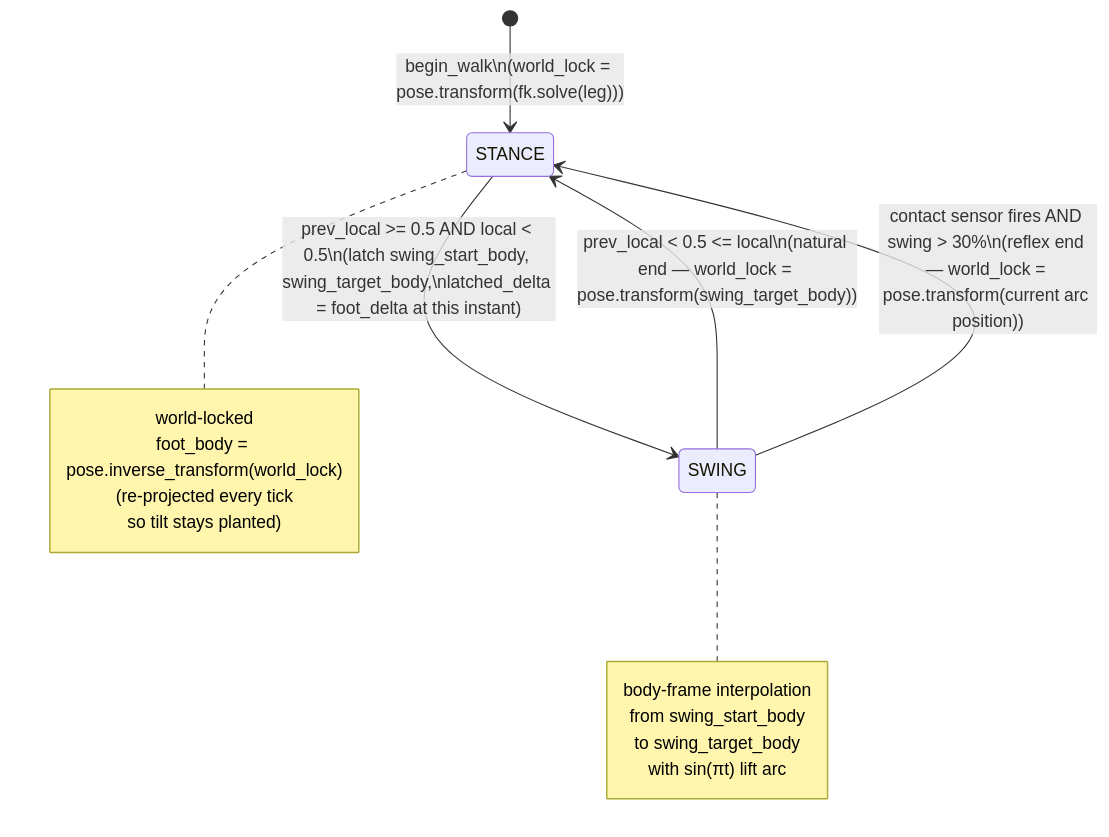
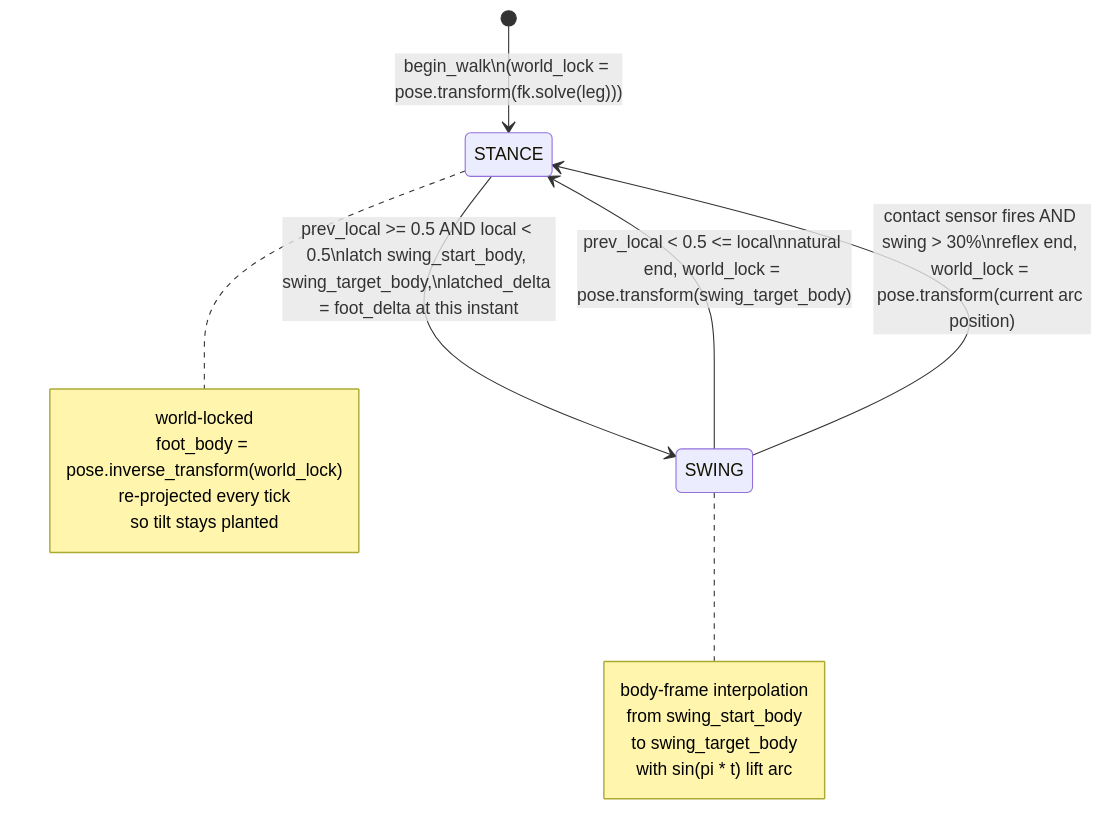
Before and after one commit to traagel/hexapod-simulator: the fifth of 7 diagrams in README.md, drawn with Mermaid. The commit also changed other lines of this file, not shown here.

Commit message:
Fix mermaid parse errors in state-machine diagrams
Replace unicode arrows (↔, →) and pi character in diagram labels/notes
with ASCII equivalents. GitHub's mermaid parser rejects these in
sequence diagram notes and some state diagram contexts.

````diff
--- a/README.md
+++ b/README.md
@@ -301,23 +301,23 @@
 ```mermaid
 stateDiagram-v2
     [*] --> STANCE : begin_walk\n(world_lock = pose.transform(fk.solve(leg)))
 
-    STANCE --> SWING : prev_local >= 0.5 AND local < 0.5\n(latch swing_start_body, swing_target_body,\nlatched_delta = foot_delta at this instant)
+    STANCE --> SWING : prev_local >= 0.5 AND local < 0.5\nlatch swing_start_body, swing_target_body,\nlatched_delta = foot_delta at this instant
 
-    SWING --> STANCE : prev_local < 0.5 <= local\n(natural end — world_lock = pose.transform(swing_target_body))
-    SWING --> STANCE : contact sensor fires AND swing > 30%\n(reflex end — world_lock = pose.transform(current arc position))
+    SWING --> STANCE : prev_local < 0.5 <= local\nnatural end, world_lock = pose.transform(swing_target_body)
+    SWING --> STANCE : contact sensor fires AND swing > 30%\nreflex end, world_lock = pose.transform(current arc position)
 
     note right of SWING
         body-frame interpolation
         from swing_start_body
         to swing_target_body
-        with sin(πt) lift arc
+        with sin(pi * t) lift arc
     end note
 
     note right of STANCE
         world-locked
         foot_body = pose.inverse_transform(world_lock)
-        (re-projected every tick
-         so tilt stays planted)
+        re-projected every tick
+        so tilt stays planted
     end note
 ```
````
